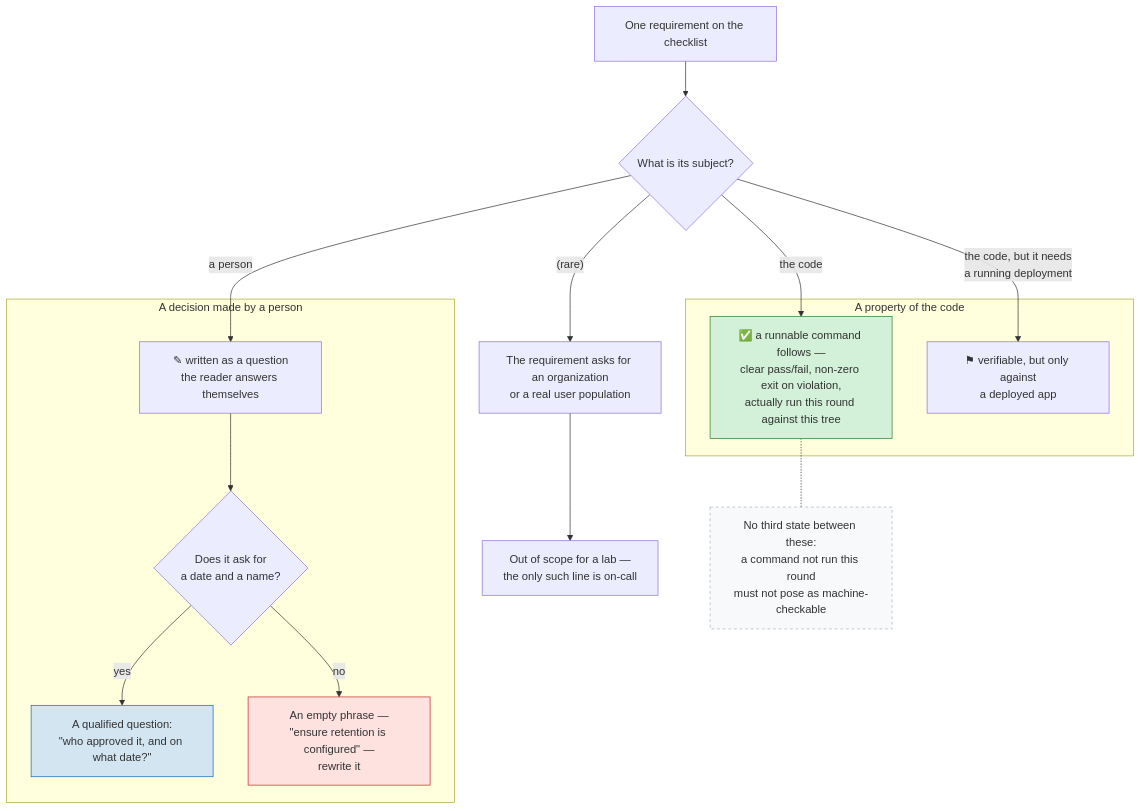
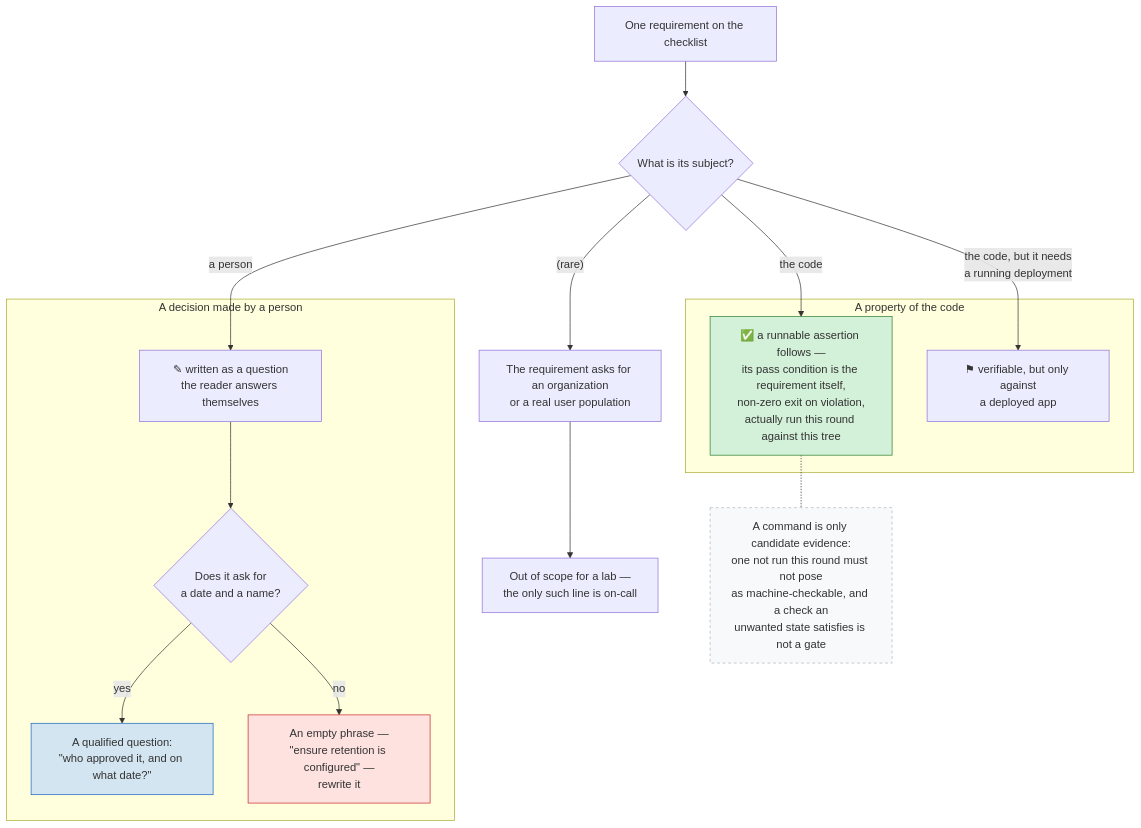
The diagram in docs/diagrams/readiness-dividing-line.md (kehao-playground/azure-genai-backend-lab), drawn with Mermaid before and after one commit. The commit also changed other lines of this file and 6 other files, not shown here.

````diff
--- a/docs/diagrams/readiness-dividing-line.md
+++ b/docs/diagrams/readiness-dividing-line.md
@@ -20,36 +22,36 @@
 ```mermaid
 flowchart TB
     req["One requirement on the checklist"]
     q{"What is its subject?"}
     req --> q
 
     subgraph codeside["A property of the code"]
-        cmd["✅ a runnable command follows —<br/>clear pass/fail, non-zero exit on violation,<br/>actually run this round against this tree"]
+        cmd["✅ a runnable assertion follows —<br/>its pass condition is the requirement itself,<br/>non-zero exit on violation,<br/>actually run this round against this tree"]
         live["⚑ verifiable, but only against<br/>a deployed app"]
     end
 
     subgraph personside["A decision made by a person"]
         question["✎ written as a question<br/>the reader answers themselves"]
         dated{"Does it ask for<br/>a date and a name?"}
         good["A qualified question:<br/>&quot;who approved it, and on what date?&quot;"]
         empty["An empty phrase —<br/>&quot;ensure retention is configured&quot; —<br/>rewrite it"]
         question --> dated
         dated -->|yes| good
         dated -->|no| empty
     end
 
     q -->|"the code"| cmd
     q -->|"the code, but it needs<br/>a running deployment"| live
     q -->|"a person"| question
 
     oos["The requirement asks for an organization<br/>or a real user population"]
     na["Out of scope for a lab —<br/>the only such line is on-call"]
     q -->|"(rare)"| oos --> na
 
-    cmd -.- warn["No third state between these:<br/>a command not run this round<br/>must not pose as machine-checkable"]
+    cmd -.- warn["A command is only candidate evidence:<br/>one not run this round must not pose<br/>as machine-checkable, and a check an<br/>unwanted state satisfies is not a gate"]
 
     style cmd fill:#d3f0d8,stroke:#2e7d32
     style good fill:#d3e5f0,stroke:#1565c0
     style empty fill:#fde2e0,stroke:#c62828
     style warn fill:#f8f9fa,stroke:#adb5bd,stroke-dasharray:4
 ```
````
